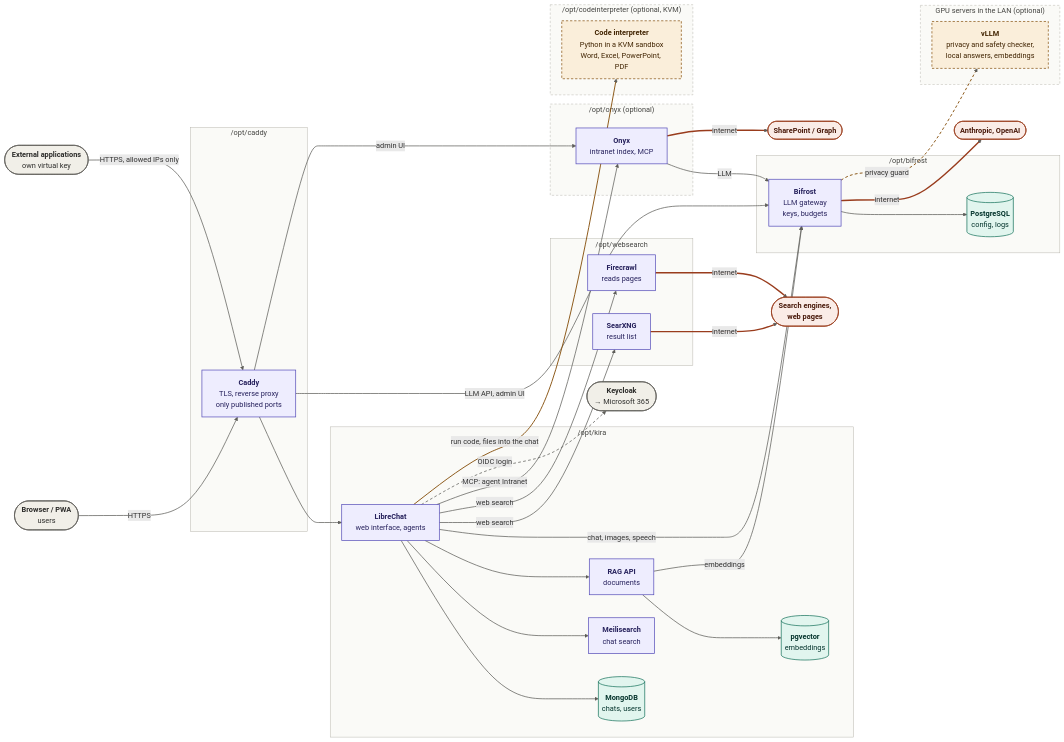
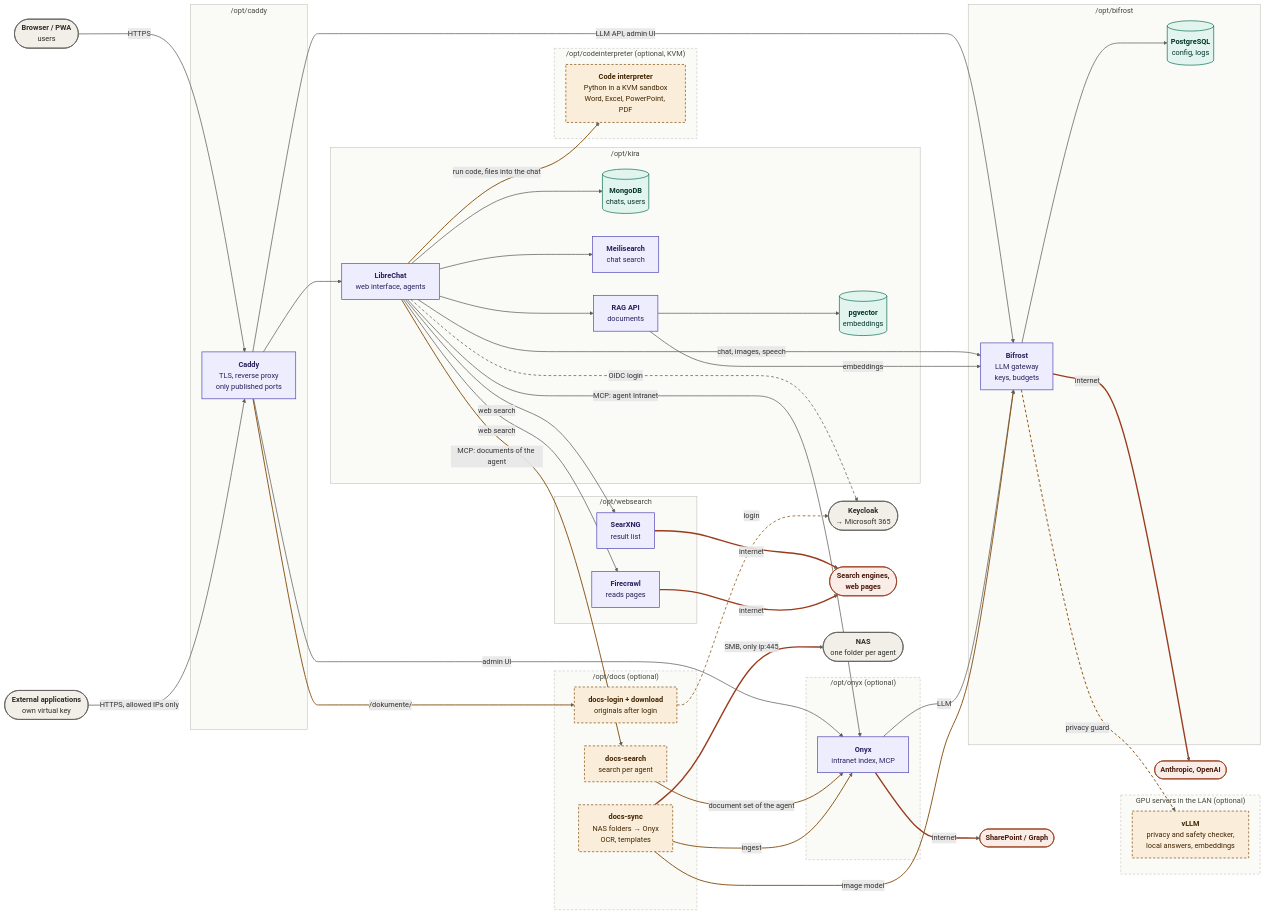
The diagram in kira/docs/architecture.mmd (mrprohl/KIRA), drawn with Mermaid before and after one commit. The commit also changed 38 other files, not shown here.

First line of the commit message:
Documents per agent: NAS folders, search per agent, templates, downloads

```diff
--- a/kira/docs/architecture.mmd
+++ b/kira/docs/architecture.mmd
@@ -1,79 +1,96 @@
 %% Source of docs/architecture.png – render: mmdc -i architecture.mmd -o architecture.png -b white -w 3600 -s 3 -c <config with "layout":"elk">
 flowchart LR
   U([<b>Browser / PWA</b><br/>users]) -->|HTTPS| C
   EXT([<b>External applications</b><br/>own virtual key]) -->|HTTPS, allowed IPs only| C
 
   subgraph caddy["/opt/caddy"]
     C[<b>Caddy</b><br/>TLS, reverse proxy<br/>only published ports]
   end
 
   subgraph kira["/opt/kira"]
     LC[<b>LibreChat</b><br/>web interface, agents]
     MO[(<b>MongoDB</b><br/>chats, users)]
     ME[<b>Meilisearch</b><br/>chat search]
     RAG[<b>RAG API</b><br/>documents]
     VDB[(<b>pgvector</b><br/>embeddings)]
   end
 
   subgraph bifrost["/opt/bifrost"]
     BF[<b>Bifrost</b><br/>LLM gateway<br/>keys, budgets]
     BDB[(<b>PostgreSQL</b><br/>config, logs)]
   end
 
   subgraph websearch["/opt/websearch"]
     SX[<b>SearXNG</b><br/>result list]
     FC[<b>Firecrawl</b><br/>reads pages]
   end
 
   subgraph onyx["/opt/onyx (optional)"]
     OX[<b>Onyx</b><br/>intranet index, MCP]
   end
 
   subgraph code["/opt/codeinterpreter (optional, KVM)"]
     CI[<b>Code interpreter</b><br/>Python in a KVM sandbox<br/>Word, Excel, PowerPoint, PDF]
   end
 
+  subgraph docs["/opt/docs (optional)"]
+    DS[<b>docs-sync</b><br/>NAS folders → Onyx<br/>OCR, templates]
+    DQ[<b>docs-search</b><br/>search per agent]
+    DD[<b>docs-login + download</b><br/>originals after login]
+  end
+
   subgraph gpu["GPU servers in the LAN (optional)"]
     VL[<b>vLLM</b><br/>privacy and safety checker,<br/>local answers, embeddings]
   end
 
   C --> LC
   C -->|LLM API, admin UI| BF
   C -->|admin UI| OX
   LC --> MO & ME & RAG
   RAG --> VDB
   LC -->|chat, images, speech| BF
   RAG -->|embeddings| BF
   LC -->|web search| SX & FC
   LC -->|MCP: agent Intranet| OX
   OX -->|LLM| BF
   BF --> BDB
   LC -.->|OIDC login| KC([<b>Keycloak</b><br/>→ Microsoft 365])
   BF ==>|internet| AI([<b>Anthropic, OpenAI</b>])
   SX & FC ==>|internet| WEB([<b>Search engines,<br/>web pages</b>])
   OX ==>|internet| SP([<b>SharePoint / Graph</b>])
   BF -.->|privacy guard| VL
   LC -->|run code, files into the chat| CI
+  LC -->|MCP: documents of the agent| DQ
+  DQ -->|document set of the agent| OX
+  DS -->|ingest| OX
+  DS -->|image model| BF
+  C -->|/dokumente/| DD
+  DS ==>|SMB, only ip:445| NAS([<b>NAS</b><br/>one folder per agent])
+  DD -.->|login| KC
 
   classDef ext fill:#F1EFE8,stroke:#5F5E5A,color:#2C2C2A,stroke-width:1.5px
   classDef svc fill:#EEEDFE,stroke:#534AB7,color:#26215C,stroke-width:1.5px
   classDef data fill:#E1F5EE,stroke:#0F6E56,color:#04342C,stroke-width:1.5px
   classDef net fill:#FAECE7,stroke:#993C1D,color:#4A1B0C,stroke-width:1.5px
-  class U,EXT,KC ext
+  class U,EXT,KC,NAS ext
   class C,LC,ME,RAG,BF,SX,FC,OX svc
   class MO,VDB,BDB data
   class AI,WEB,SP net
   classDef opt fill:#FAEEDA,stroke:#854F0B,color:#412402,stroke-width:1.5px,stroke-dasharray:5 4
-  class VL,CI opt
+  class VL,CI,DS,DQ,DD opt
   style caddy fill:#FAFAF7,stroke:#B4B2A9,stroke-width:1px,color:#444441
   style kira fill:#FAFAF7,stroke:#B4B2A9,stroke-width:1px,color:#444441
   style bifrost fill:#FAFAF7,stroke:#B4B2A9,stroke-width:1px,color:#444441
   style websearch fill:#FAFAF7,stroke:#B4B2A9,stroke-width:1px,color:#444441
   style onyx fill:#FAFAF7,stroke:#B4B2A9,stroke-width:1px,stroke-dasharray:5 4,color:#444441
   style code fill:#FAFAF7,stroke:#B4B2A9,stroke-width:1px,stroke-dasharray:5 4,color:#444441
+  style docs fill:#FAFAF7,stroke:#B4B2A9,stroke-width:1px,stroke-dasharray:5 4,color:#444441
   style gpu fill:#FAFAF7,stroke:#B4B2A9,stroke-width:1px,stroke-dasharray:5 4,color:#444441
   linkStyle default stroke:#5F5E5A,stroke-width:1.6px
   linkStyle 17,18,19,20 stroke:#993C1D,stroke-width:3px
   linkStyle 16 stroke:#5F5E5A,stroke-width:1.6px,stroke-dasharray:6 5
   linkStyle 21 stroke:#854F0B,stroke-width:2px,stroke-dasharray:6 5
   linkStyle 22 stroke:#854F0B,stroke-width:2px
+  linkStyle 23,24,25,26,27 stroke:#854F0B,stroke-width:2px
+  linkStyle 28 stroke:#993C1D,stroke-width:3px
+  linkStyle 29 stroke:#854F0B,stroke-width:1.6px,stroke-dasharray:6 5
```
